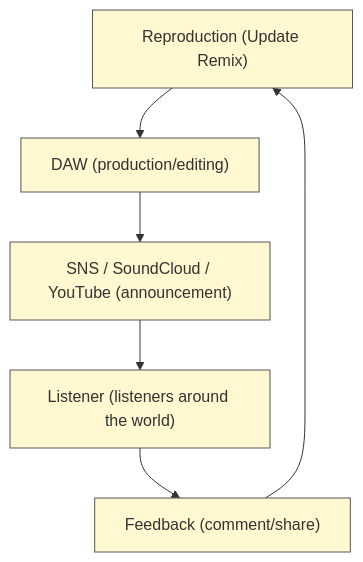
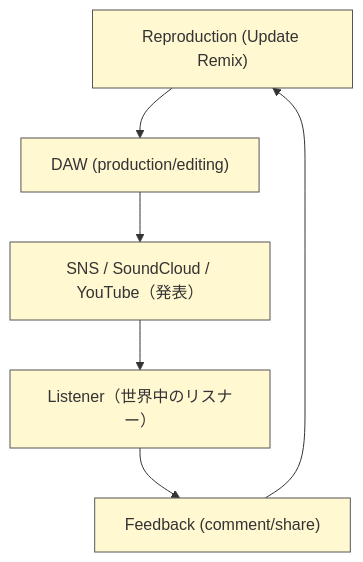
The first of 2 diagrams in en/_posts/2025-10-23-column-bedroom-producer-era.md (monumental-movement/monumental-movement.github.io), drawn with Mermaid before and after one commit. The commit also changed other lines of this file and 2196 other files, not shown here.

```diff
--- a/en/_posts/2025-10-23-column-bedroom-producer-era.md
+++ b/en/_posts/2025-10-23-column-bedroom-producer-era.md
@@ -137,12 +137,12 @@
 <div class="mermaid">
 
 flowchart TD
     A["Bedroom"] --> B["DAW (production/editing)"]
-    B --> C["SNS / SoundCloud / YouTube (announcement)"]
-    C --> D["Listener (listeners around the world)"]
+    B --> C["SNS / SoundCloud / YouTube（発表）"]
+    C --> D["Listener（世界中のリスナー）"]
     D --> E["Feedback (comment/share)"]
     E --> A["Reproduction (Update Remix)"]
     classDef default fill:#fff8d1,stroke:#555,color:#333;
 
 
 </div>
```
